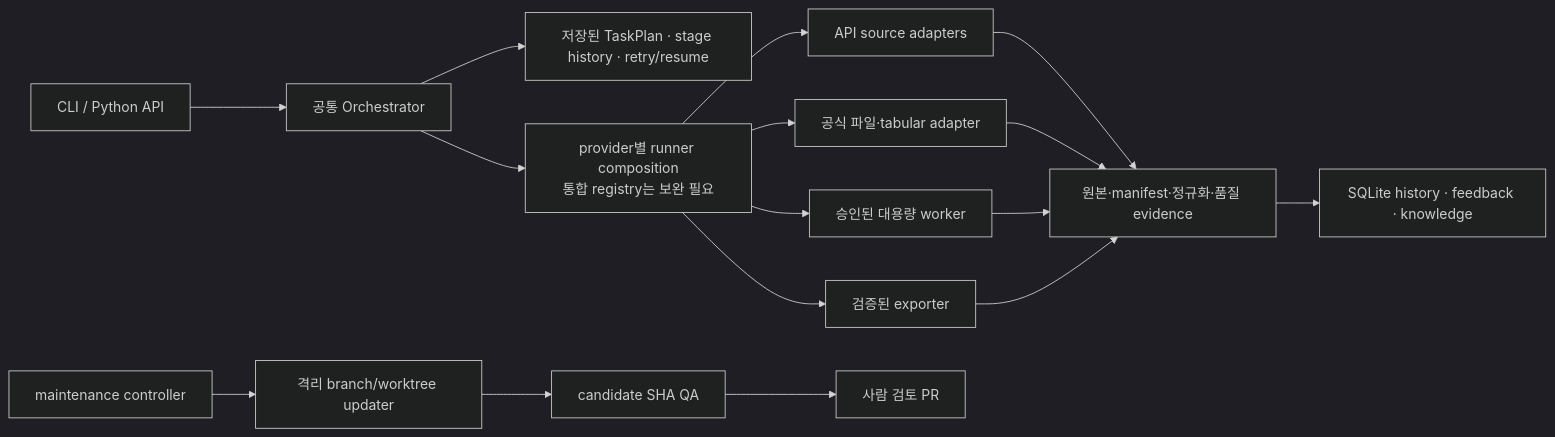
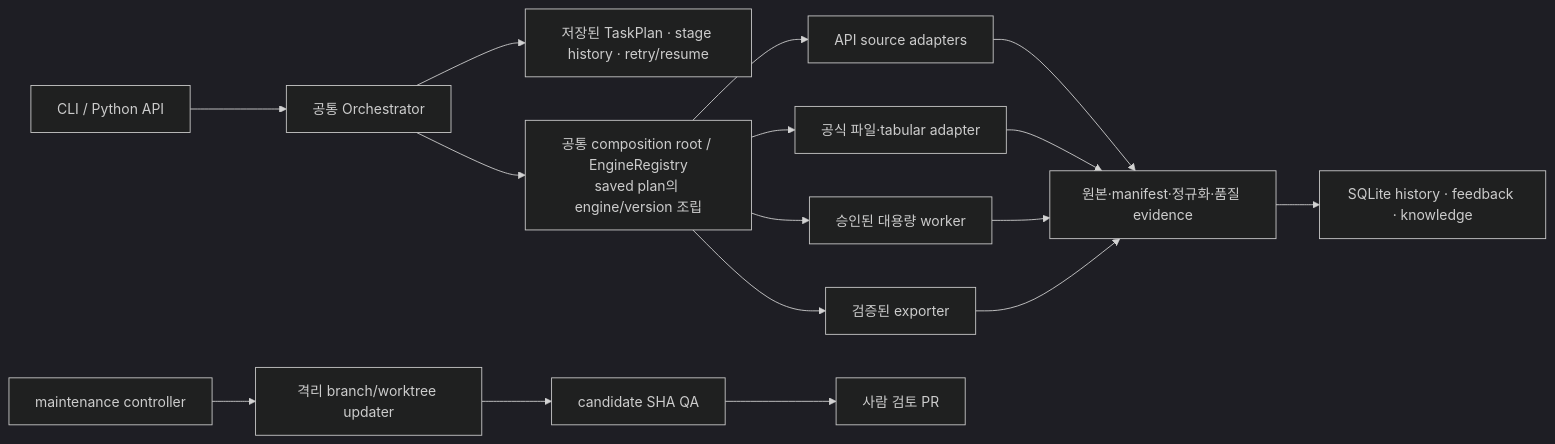
The diagram in PROJECT_PLAN.md (jaeu983-lang/MacroAtlas), drawn with Mermaid (dark theme) before and after one commit. The commit also changed other lines of this file and 13 other files, not shown here.

Commit message:
Unify provider engine composition and resume

````diff
--- a/PROJECT_PLAN.md
+++ b/PROJECT_PLAN.md
@@ -86,18 +86,18 @@
 ```mermaid
 flowchart LR
   U[CLI / Python API] --> O[공통 Orchestrator]
   O --> P[저장된 TaskPlan · stage history · retry/resume]
-  O --> R[provider별 runner composition<br/>통합 registry는 보완 필요]
+  O --> R[공통 composition root / EngineRegistry<br/>saved plan의 engine/version 조립]
   R --> A[API source adapters]
   R --> F[공식 파일·tabular adapter]
   R --> L[승인된 대용량 worker]
   R --> X[검증된 exporter]
   A --> S[원본·manifest·정규화·품질 evidence]
   F --> S
   L --> S
   X --> S
   S --> H[SQLite history · feedback · knowledge]
   M[maintenance controller] --> W[격리 branch/worktree updater]
   W --> Q[candidate SHA QA]
   Q --> PR[사람 검토 PR]
 ```
````
